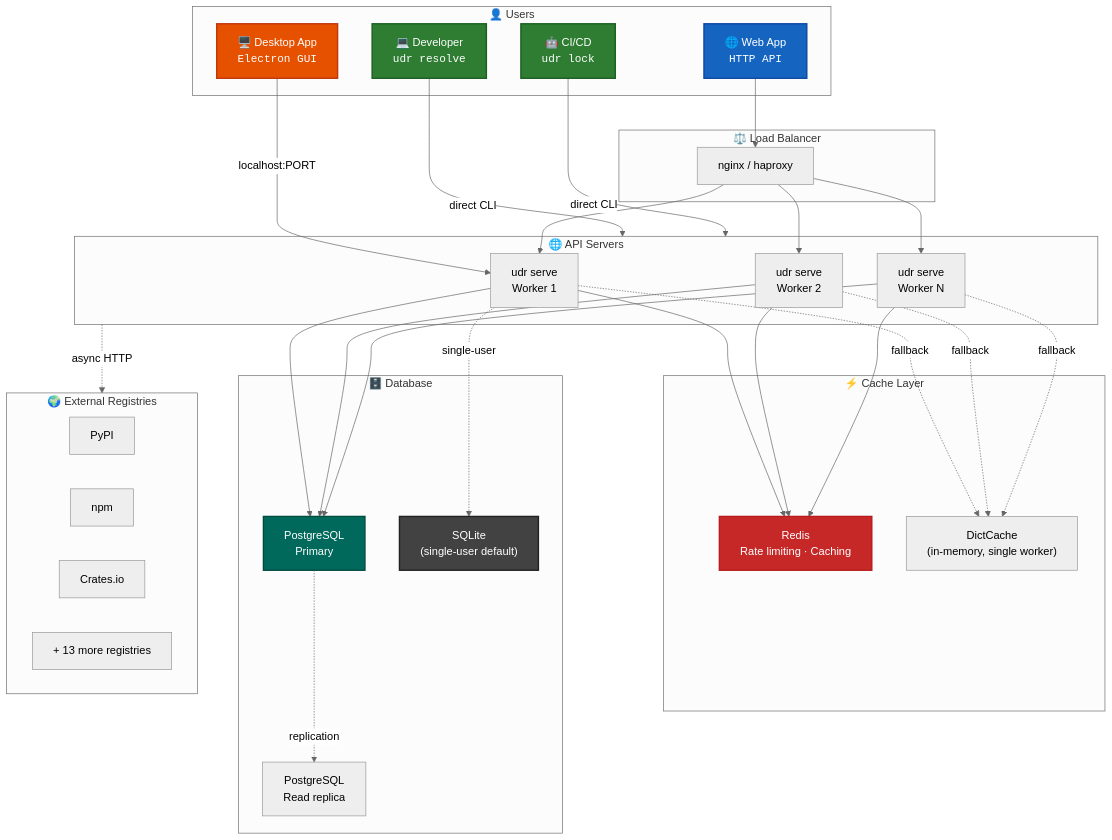
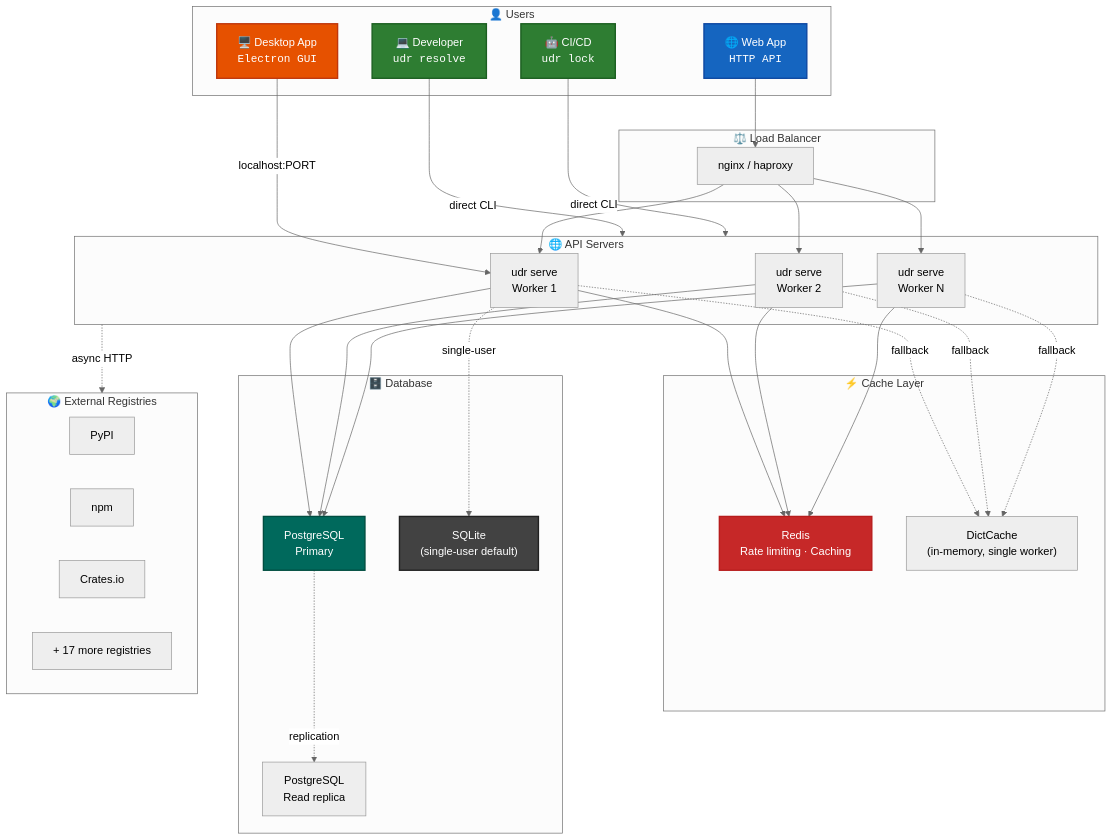
Before and after one commit to code-with-zeeshan/universal-dependency-resolver: the diagram in docs/DEPLOYMENT.md, drawn with Mermaid (neutral theme). The commit also changed 156 other files, not shown here.

````diff
--- a/docs/DEPLOYMENT.md
+++ b/docs/DEPLOYMENT.md
@@ -5,65 +5,65 @@
 ```mermaid
 graph TB
     subgraph Users["👤 Users"]
         DEV["💻 Developer<br/><code>udr resolve</code>"]
         CI["🤖 CI/CD<br/><code>udr lock</code>"]
         APP["🌐 Web App<br/><code>HTTP API</code>"]
         DESKTOP["🖥️ Desktop App<br/><code>Electron GUI</code>"]
     end
 
     subgraph LB["⚖️ Load Balancer"]
         NGINX["nginx / haproxy"]
     end
 
     subgraph API["🌐 API Servers"]
         S1["udr serve<br/>Worker 1"]
         S2["udr serve<br/>Worker 2"]
         S3["udr serve<br/>Worker N"]
     end
 
     subgraph Cache["⚡ Cache Layer"]
         REDIS["Redis<br/>Rate limiting · Caching"]
         DICTCACHE["DictCache<br/>(in-memory, single worker)"]
     end
 
     subgraph DB["🗄️ Database"]
         PG["PostgreSQL<br/>Primary"]
         PG_REPLICA["PostgreSQL<br/>Read replica"]
         SQLITE["SQLite<br/>(single-user default)"]
     end
 
     subgraph External["🌍 External Registries"]
         PYPI_REG["PyPI"]
         NPM_REG["npm"]
         CRATES_REG["Crates.io"]
-        MORE_REG["+ 13 more registries"]
+        MORE_REG["+ 17 more registries"]
     end
 
     DEV -->|"direct CLI"| API
     CI -->|"direct CLI"| API
     DESKTOP -->|"localhost:PORT"| S1
     APP --> NGINX
     NGINX --> S1
     NGINX --> S2
     NGINX --> S3
     S1 --> REDIS
     S2 --> REDIS
     S3 --> REDIS
     S1 --> PG
     S2 --> PG
     S3 --> PG
     PG -.->|"replication"| PG_REPLICA
     S1 -.->|"fallback"| DICTCACHE
     S2 -.->|"fallback"| DICTCACHE
     S3 -.->|"fallback"| DICTCACHE
     S1 -.->|"single-user"| SQLITE
     API -.->|"async HTTP"| External
 
     style DEV fill:#2e7d32,color:#fff,stroke:#1b5e20,stroke-width:2px
     style CI fill:#2e7d32,color:#fff,stroke:#1b5e20,stroke-width:2px
     style APP fill:#1565c0,color:#fff,stroke:#0d47a1,stroke-width:2px
     style DESKTOP fill:#e65100,color:#fff,stroke:#bf360c,stroke-width:2px
     style PG fill:#00695c,color:#fff,stroke:#004d40,stroke-width:2px
     style REDIS fill:#c62828,color:#fff,stroke:#b71c1c,stroke-width:2px
     style SQLITE fill:#424242,color:#fff,stroke:#212121,stroke-width:2px
 ```
````
